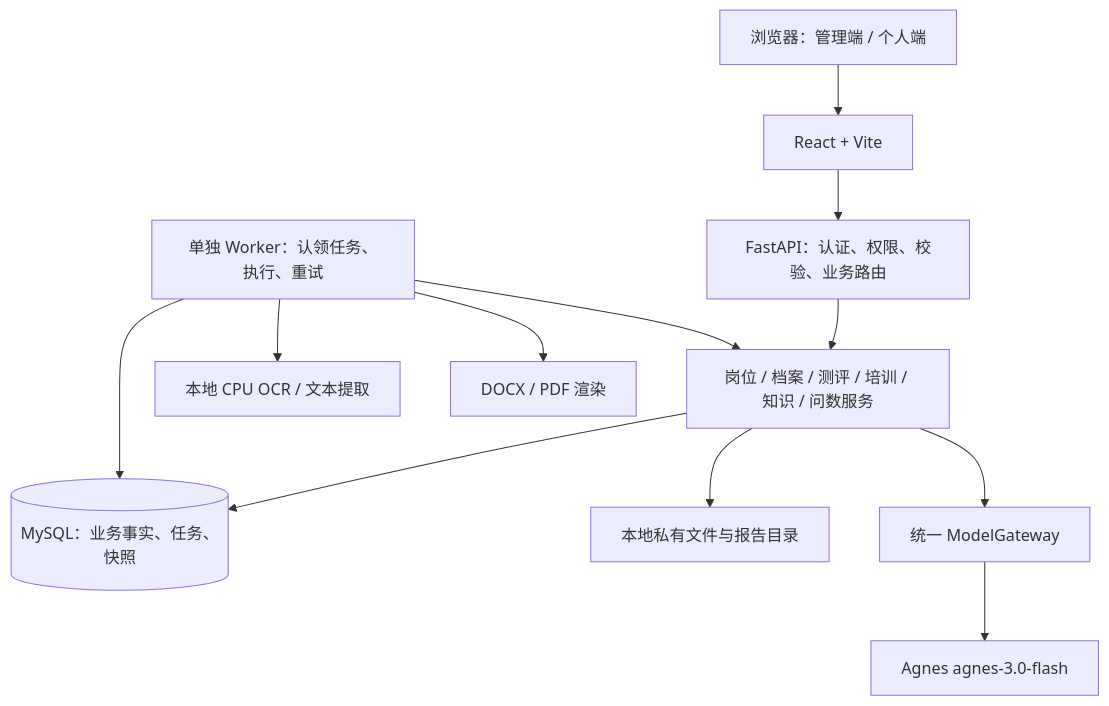
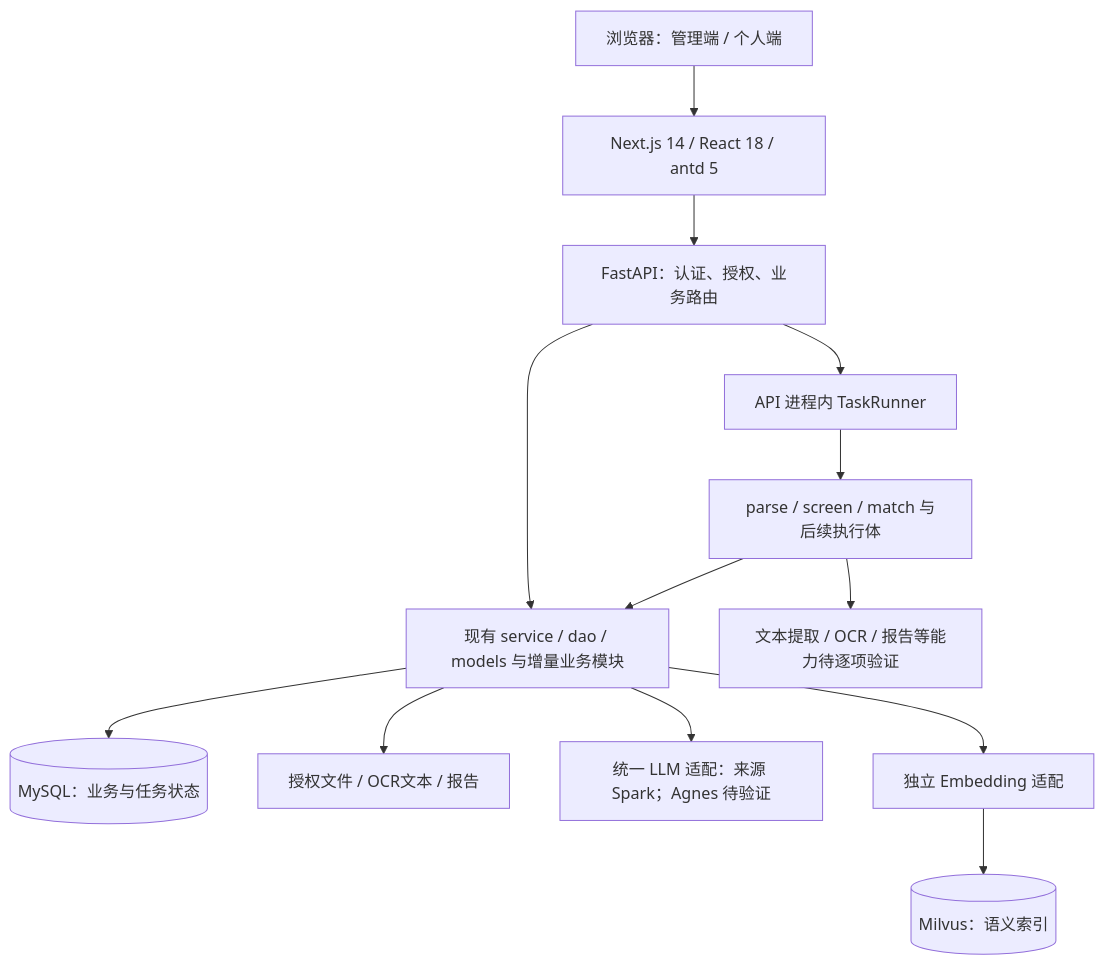
Before and after one commit to geyuanchuisuo/AI_Digital_Talent_Platform: the diagram in docs/技术框架.md, drawn with Mermaid. The commit also changed other lines of this file and 287 other files, not shown here.

````diff
--- a/docs/技术框架.md
+++ b/docs/技术框架.md
@@ -17,14 +15,15 @@
 ```mermaid
 flowchart TB
-    UI[浏览器：管理端 / 个人端] --> FE[React + Vite]
-    FE --> API[FastAPI：认证、权限、校验、业务路由]
-    API --> SVC[岗位 / 档案 / 测评 / 培训 / 知识 / 问数服务]
-    SVC --> DB[(MySQL：业务事实、任务、快照)]
-    SVC --> FILES[本地私有文件与报告目录]
-    WORKER[单独 Worker：认领任务、执行、重试] --> DB
-    WORKER --> SVC
-    SVC --> AI[统一 ModelGateway]
-    AI --> AGNES[Agnes agnes-3.0-flash]
-    WORKER --> OCR[本地 CPU OCR / 文本提取]
-    WORKER --> REPORT[DOCX / PDF 渲染]
+    UI[浏览器：管理端 / 个人端] --> FE[Next.js 14 / React 18 / antd 5]
+    FE --> API[FastAPI：认证、授权、业务路由]
+    API --> SVC[现有 service / dao / models 与增量业务模块]
+    SVC --> DB[(MySQL：业务与任务状态)]
+    SVC --> FILES[授权文件 / OCR文本 / 报告]
+    API --> RUNNER[API 进程内 TaskRunner]
+    RUNNER --> HANDLER[parse / screen / match 与后续执行体]
+    HANDLER --> SVC
+    SVC --> LLM[统一 LLM 适配：来源 Spark；Agnes 待验证]
+    SVC --> EMB[独立 Embedding 适配]
+    EMB --> VECTOR[(Milvus：语义索引)]
+    HANDLER --> EXT[文本提取 / OCR / 报告等能力待逐项验证]
 ```
````
